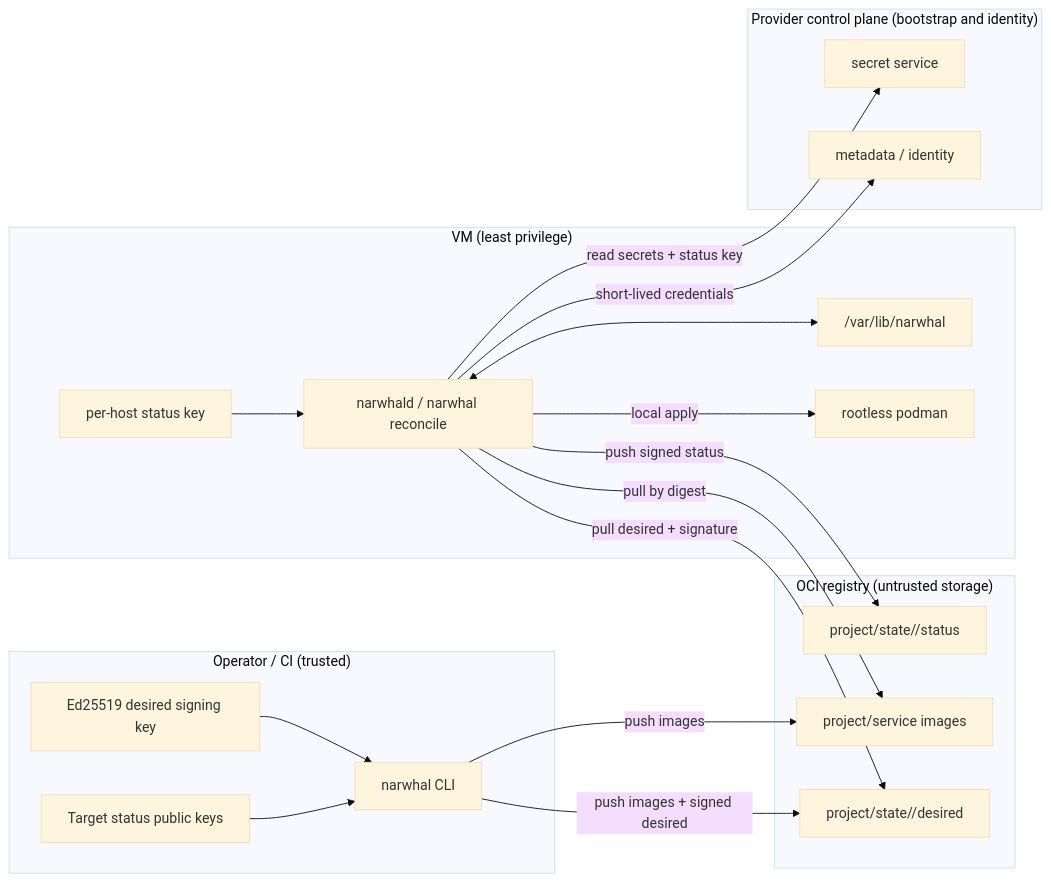
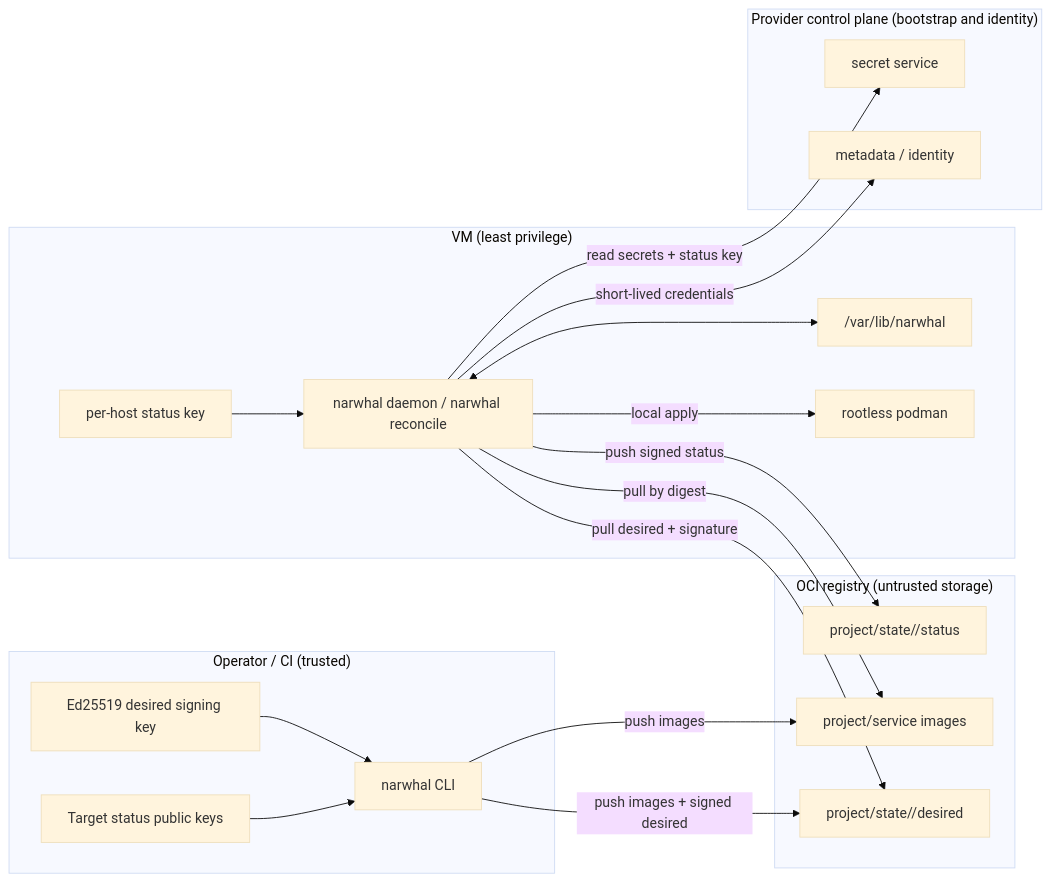
One commit to ademhoskin/narwhal changed the first of 2 diagrams in docs/cloud.md. Above: the diagram before and after it, drawn with Mermaid (base theme). The commit also changed other lines of this file and 33 other files, not shown here.

Commit message:
Collapse narwhald and guard into one narwhal binary

````diff
--- a/docs/cloud.md
+++ b/docs/cloud.md
@@ -113,35 +113,35 @@
 ```mermaid
 flowchart LR
   subgraph Operator["Operator / CI (trusted)"]
     K["Ed25519 desired signing key"]
     V["Target status public keys"]
     CLI["narwhal CLI"]
   end
   subgraph Registry["OCI registry (untrusted storage)"]
     D["project/state/<target>/desired"]
     I["project/service images"]
     S["project/state/<target>/status"]
   end
   subgraph Host["VM (least privilege)"]
-    A["narwhald / narwhal reconcile"]
+    A["narwhal daemon / narwhal reconcile"]
     HK["per-host status key"]
     P["rootless podman"]
     L["/var/lib/narwhal"]
   end
   subgraph Provider["Provider control plane (bootstrap and identity)"]
     M["metadata / identity"]
     X["secret service"]
   end
   K --> CLI
   CLI -->|"push images + signed desired"| D
   CLI -->|"push images"| I
   A -->|"pull desired + signature"| D
   A -->|"pull by digest"| I
   A -->|"push signed status"| S
   HK --> A
   A -->|"local apply"| P
   A <--> L
   A -->|"short-lived credentials"| M
   A -->|"read secrets + status key"| X
   V --> CLI
 ```
````
